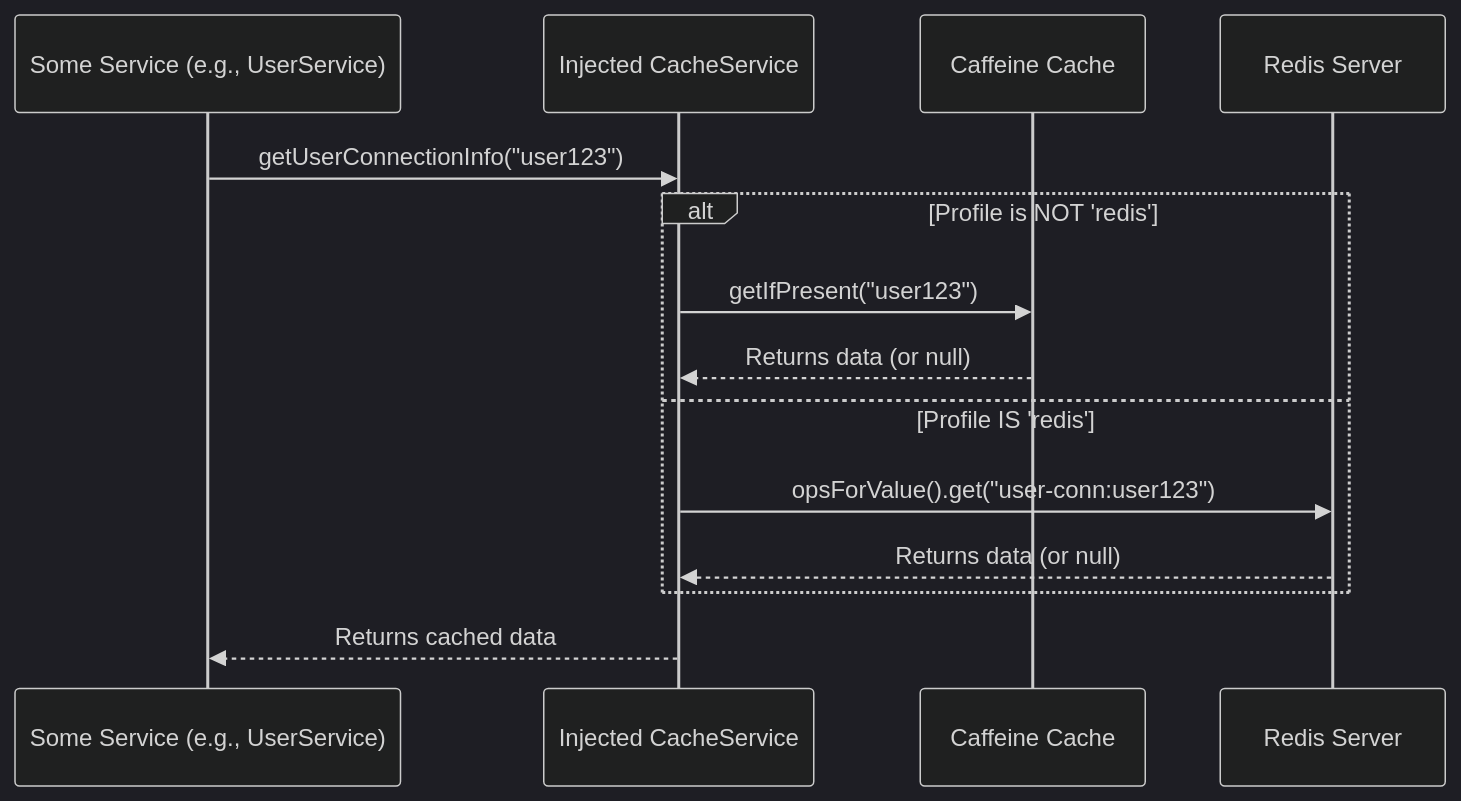
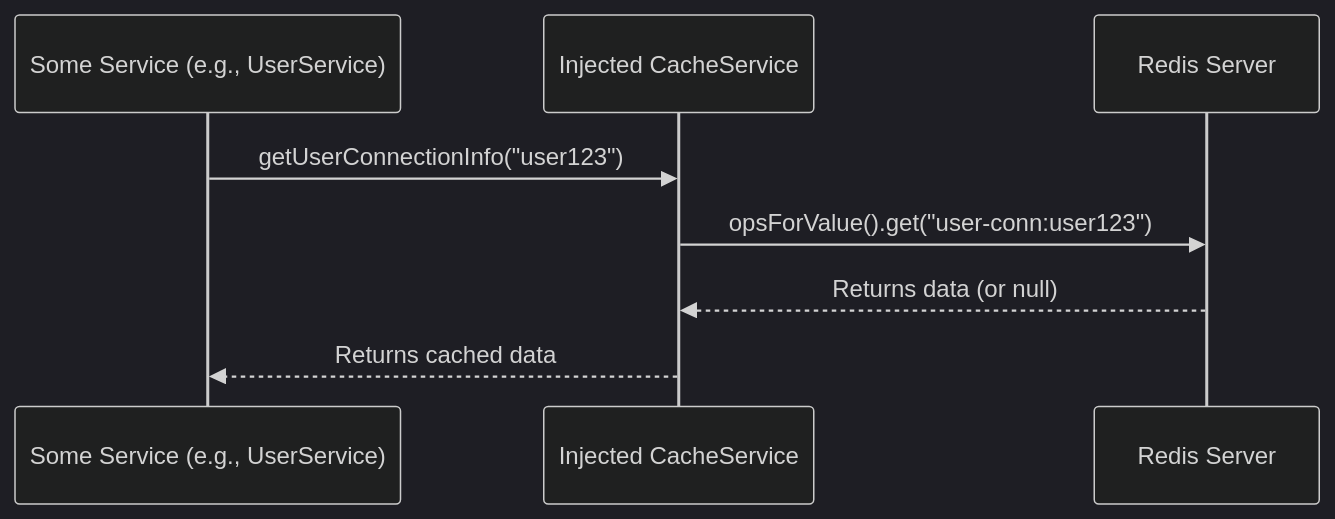
One commit to rsrini7/Notification-SSE-GLM-Flux changed the diagram in docs/08_caching_integration.md. Above: the diagram before and after it, drawn with Mermaid (dark theme). The commit also changed other lines of this file and 18 other files, not shown here.

First line of the commit message:
refactor(cache): replace caffeine with redis as sole caching solution

````diff
--- a/docs/08_caching_integration.md
+++ b/docs/08_caching_integration.md
@@ -73,19 +34,12 @@
 ```mermaid
 sequenceDiagram
     participant BusinessService as Some Service (e.g., UserService)
     participant CacheService as Injected CacheService
-    participant Caffeine as Caffeine Cache
     participant Redis as Redis Server
 
     BusinessService->>CacheService: getUserConnectionInfo("user123")
-
-    alt Profile is NOT 'redis'
-        CacheService->>Caffeine: getIfPresent("user123")
-        Caffeine-->>CacheService: Returns data (or null)
-    else Profile IS 'redis'
-        CacheService->>Redis: opsForValue().get("user-conn:user123")
-        Redis-->>CacheService: Returns data (or null)
-    end
+    CacheService->>Redis: opsForValue().get("user-conn:user123")
+    Redis-->>CacheService: Returns data (or null)
 
     CacheService-->>BusinessService: Returns cached data
 ```
````
